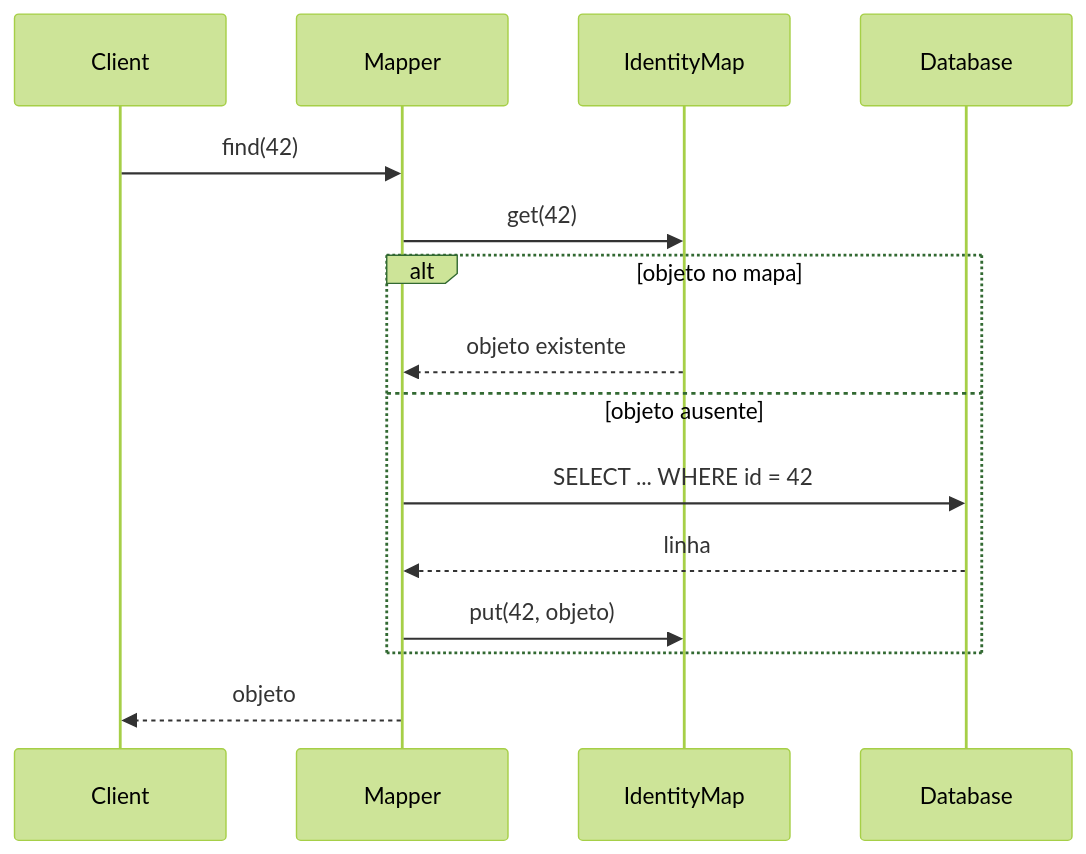
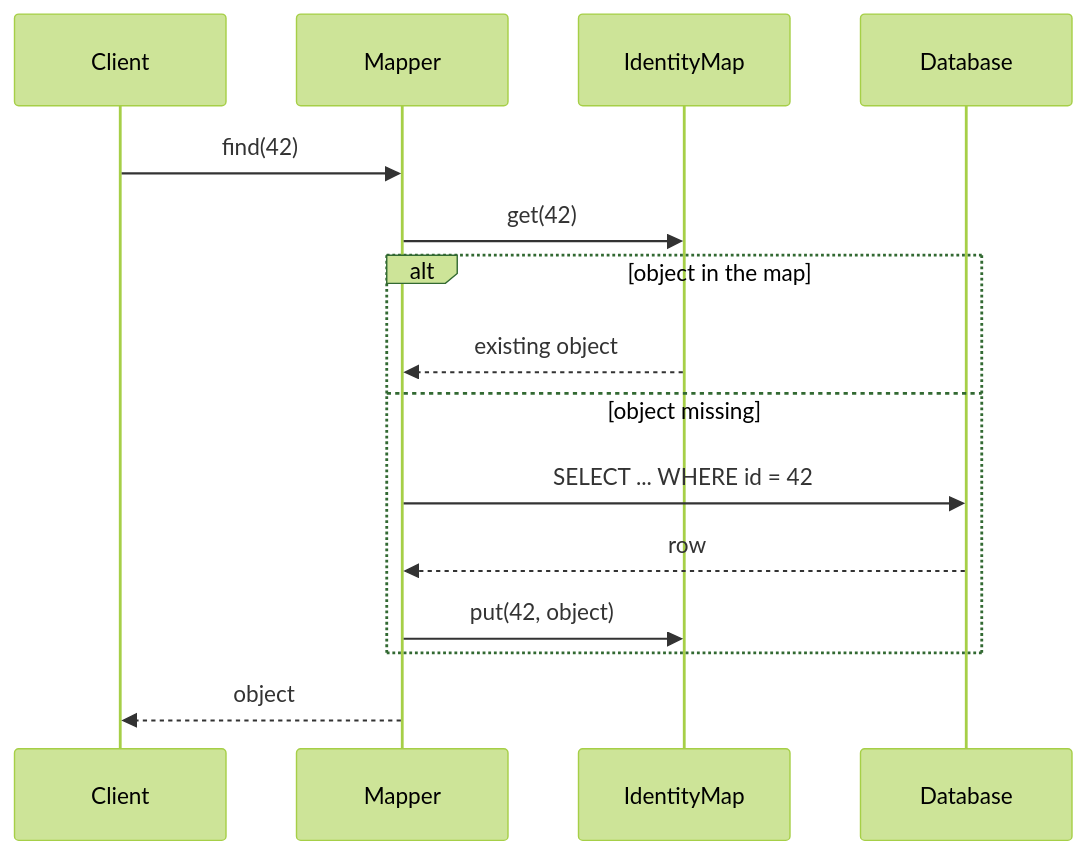
Before and after one commit to alancesar/design-patterns: the diagram in docs/application/poeaa/object-relational-behavioral/identity-map.md, drawn with Mermaid (forest theme). The commit also changed 258 other files, not shown here.

First line of the commit message:
Translate Mermaid diagrams to English

````diff
--- a/docs/application/poeaa/object-relational-behavioral/identity-map.md
+++ b/docs/application/poeaa/object-relational-behavioral/identity-map.md
@@ -56,17 +56,17 @@
 ```mermaid
 sequenceDiagram
     participant Client
     participant Mapper
     participant IdentityMap
     participant Database
     Client->>Mapper: find(42)
     Mapper->>IdentityMap: get(42)
-    alt objeto no mapa
-        IdentityMap-->>Mapper: objeto existente
-    else objeto ausente
+    alt object in the map
+        IdentityMap-->>Mapper: existing object
+    else object missing
         Mapper->>Database: SELECT ... WHERE id = 42
-        Database-->>Mapper: linha
-        Mapper->>IdentityMap: put(42, objeto)
+        Database-->>Mapper: row
+        Mapper->>IdentityMap: put(42, object)
     end
-    Mapper-->>Client: objeto
+    Mapper-->>Client: object
 ```
````
